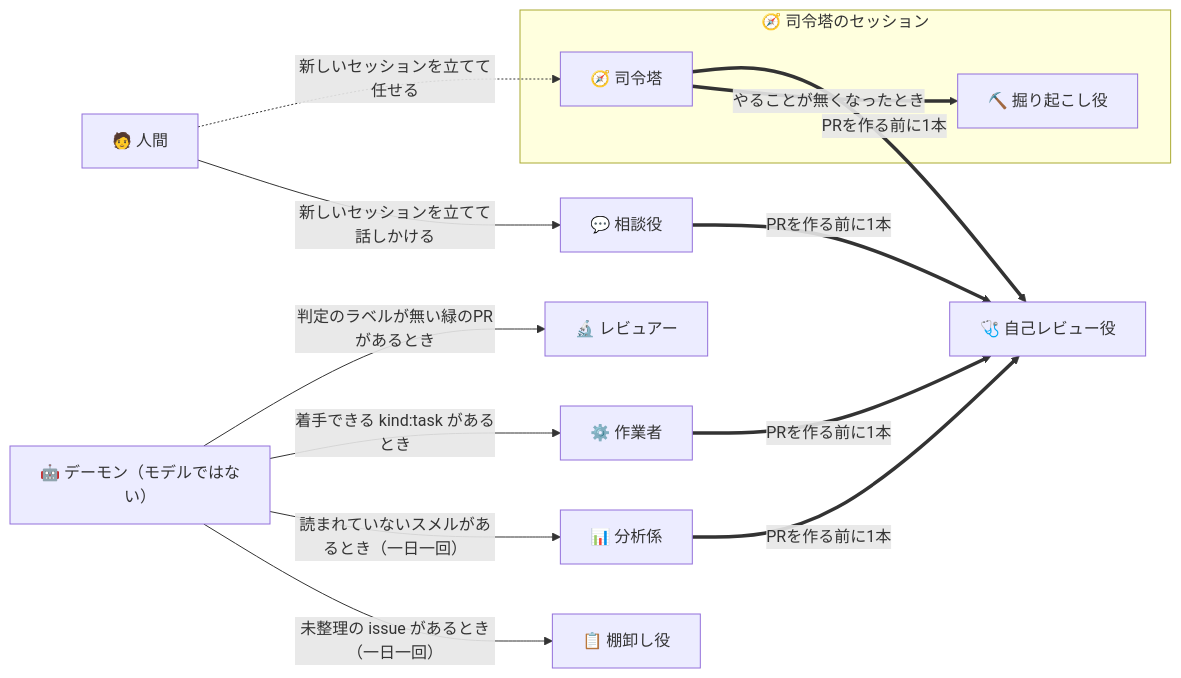
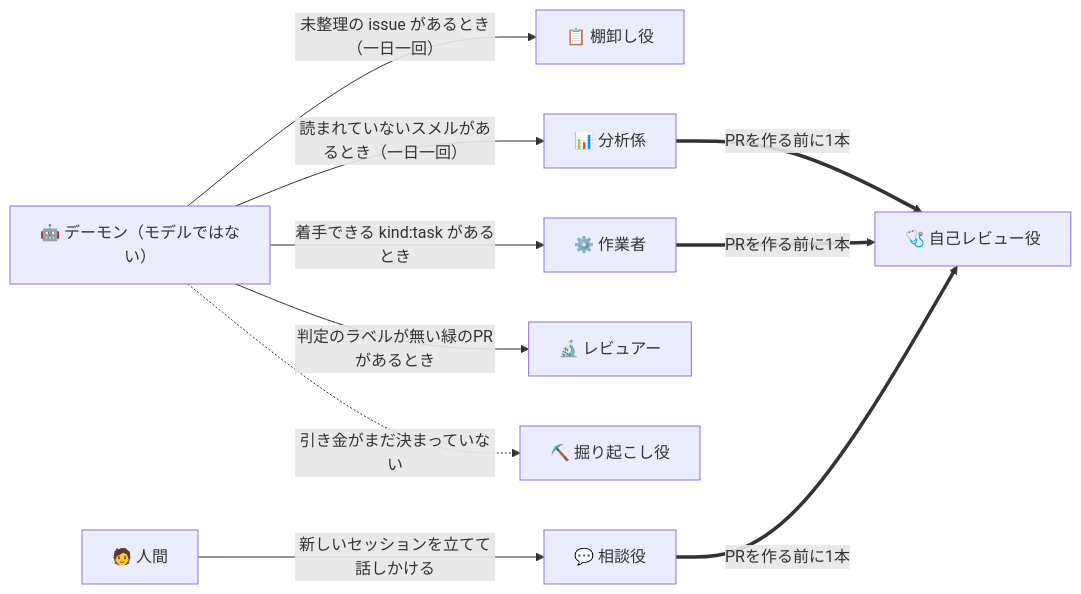
One commit to gooyyu1/UnmappedIsland changed the first of 5 diagrams in docs/ParallelAgents.md. Above: the diagram before and after it, drawn with Mermaid. The commit also changed other lines of this file and 13 other files, not shown here.

````diff
--- a/docs/ParallelAgents.md
+++ b/docs/ParallelAgents.md
@@ -28,28 +28,22 @@
 ```mermaid
 flowchart LR
     Human["🧑 人間"]
     Daemon["🤖 デーモン（モデルではない）"]
     Adviser["💬 相談役"]
     Triage["📋 棚卸し役"]
     Analysis["📊 分析係"]
     Reviewer["🔬 レビュアー"]
     Worker["⚙️ 作業者"]
     SelfReview["🩺 自己レビュー役"]
-
-    subgraph CmdSession["🧭 司令塔のセッション"]
-        Cmd["🧭 司令塔"]
-        Digger["⛏️ 掘り起こし役"]
-    end
+    Digger["⛏️ 掘り起こし役"]
 
     Human -->|"新しいセッションを立てて話しかける"| Adviser
-    Human -.->|"新しいセッションを立てて任せる"| Cmd
-    Cmd ==>|"やることが無くなったとき"| Digger
     Daemon -->|"未整理の issue があるとき（一日一回）"| Triage
     Daemon -->|"読まれていないスメルがあるとき（一日一回）"| Analysis
     Daemon -->|"着手できる kind:task があるとき"| Worker
     Daemon -->|"判定のラベルが無い緑のPRがあるとき"| Reviewer
+    Daemon -.->|"引き金がまだ決まっていない"| Digger
     Worker ==>|"PRを作る前に1本"| SelfReview
     Analysis ==>|"PRを作る前に1本"| SelfReview
     Adviser ==>|"PRを作る前に1本"| SelfReview
-    Cmd ==>|"PRを作る前に1本"| SelfReview
 ```
````
